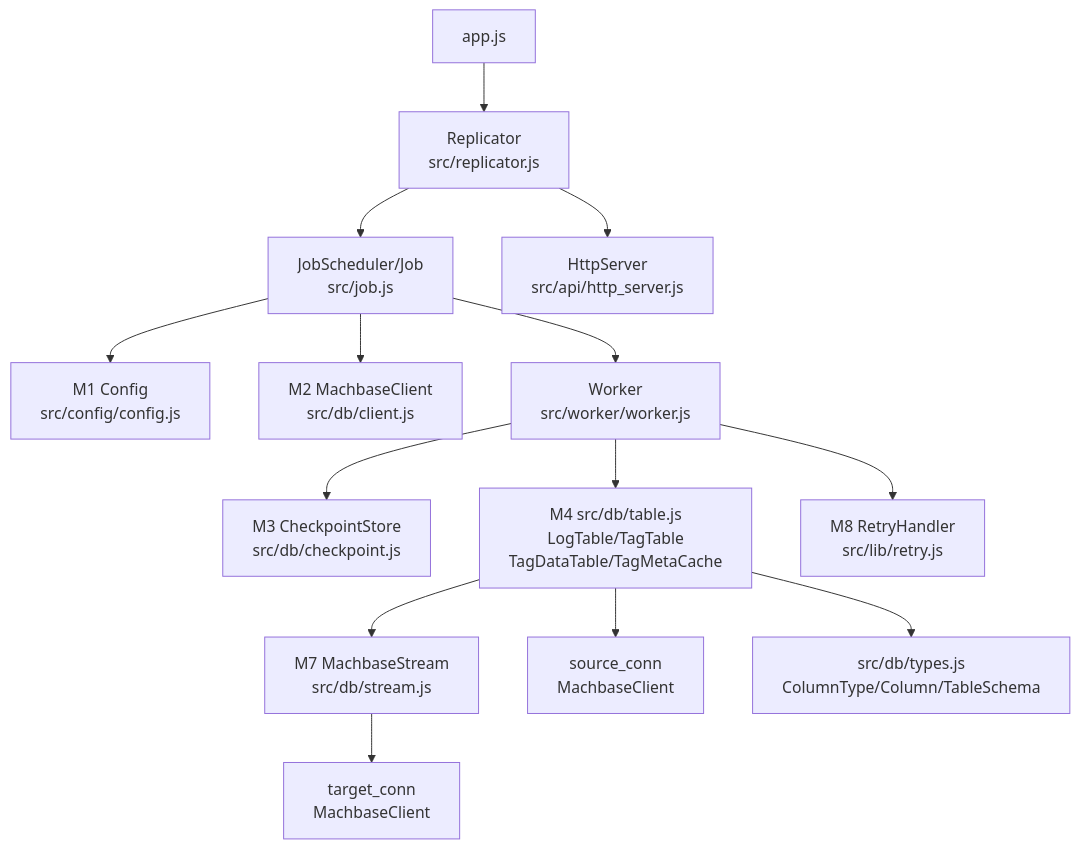
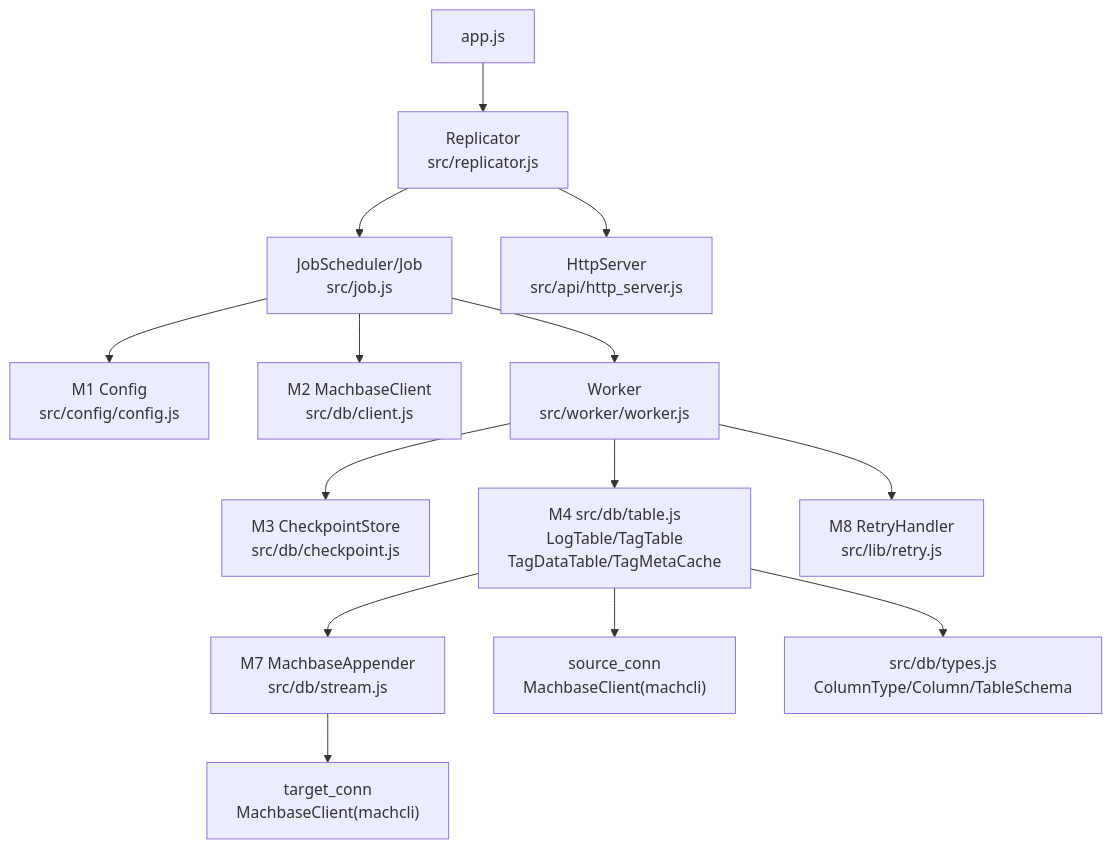
One commit to machbase/neo-pkg-replication changed the first of 4 diagrams in docs/PROJECT.md. Above: the diagram before and after it, drawn with Mermaid. The commit also changed other lines of this file and 16 other files, not shown here.

````diff
--- a/docs/PROJECT.md
+++ b/docs/PROJECT.md
@@ -919,20 +936,20 @@
 ```mermaid
 graph TD
     app["app.js"] --> R["Replicator\nsrc/replicator.js"]
     R --> JS["JobScheduler/Job\nsrc/job.js"]
     R --> HS["HttpServer\nsrc/api/http_server.js"]
 
     JS --> CL["M1 Config\nsrc/config/config.js"]
     JS --> MC["M2 MachbaseClient\nsrc/db/client.js"]
     JS --> W["Worker\nsrc/worker/worker.js"]
 
     W --> CP["M3 CheckpointStore\nsrc/db/checkpoint.js"]
     W --> TBL["M4 src/db/table.js\nLogTable/TagTable\nTagDataTable/TagMetaCache"]
     W --> RH["M8 RetryHandler\nsrc/lib/retry.js"]
 
-    TBL --> ST["M7 MachbaseStream\nsrc/db/stream.js"]
-    TBL --> src_conn["source_conn\nMachbaseClient"]
-    ST --> tgt_conn["target_conn\nMachbaseClient"]
+    TBL --> ST["M7 MachbaseAppender\nsrc/db/stream.js"]
+    TBL --> src_conn["source_conn\nMachbaseClient(machcli)"]
+    ST --> tgt_conn["target_conn\nMachbaseClient(machcli)"]
 
     TBL --> TY["src/db/types.js\nColumnType/Column/TableSchema"]
 ```
````
